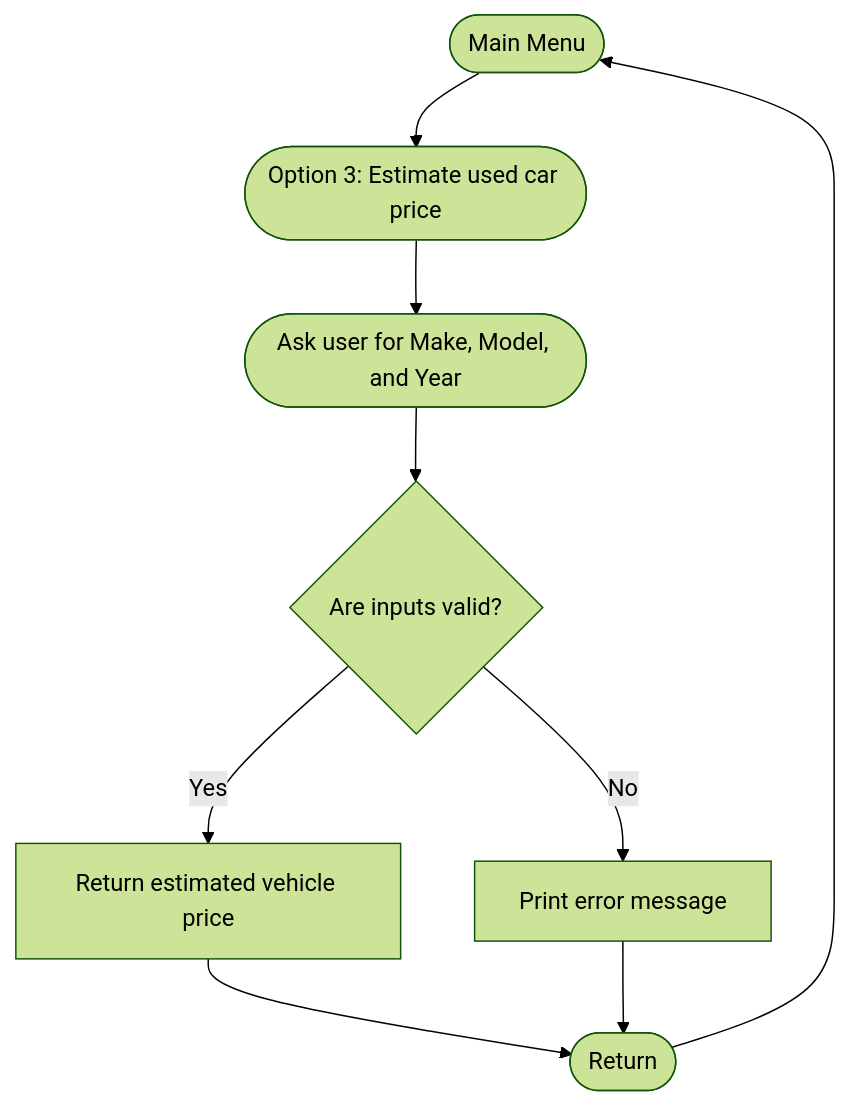
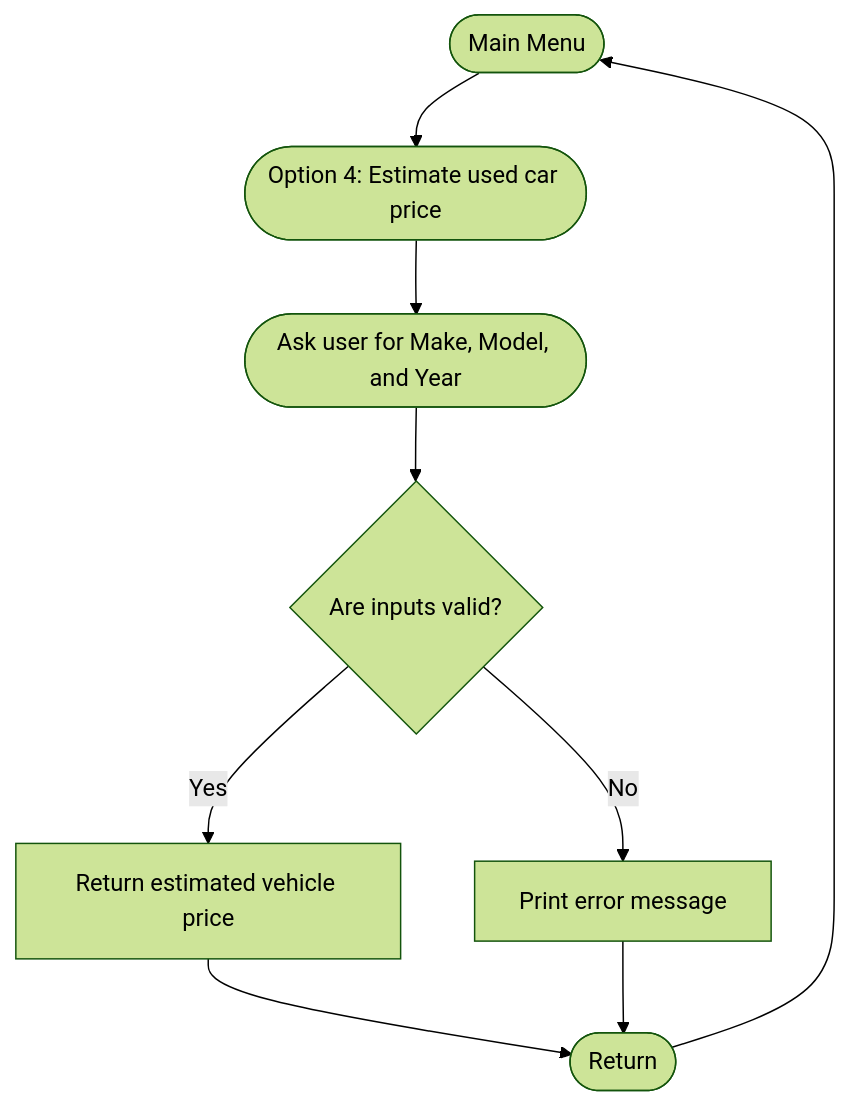
Before and after one commit to Mostofa-Abedin/ShekhMostofaAbedin_T1A3: the fifth of 13 diagrams in README.md, drawn with Mermaid (forest theme). The commit also changed other lines of this file and 1 other file, not shown here.

````diff
--- a/README.md
+++ b/README.md
@@ -197,19 +205,19 @@
 ```mermaid
 graph TD
   A(["Main Menu"])
-  B(["Option 3: Estimate used car price"])
+  B(["Option 4: Estimate used car price"])
   C(["Ask user for Make, Model, and Year"])
   D{"Are inputs valid?"}
   E["Return estimated vehicle price"]
   F["Print error message"]
   G(["Return"])
 
   A --> B
   B --> C
   C --> D
   D -->|Yes| E
   D -->|No| F
   E --> G
   F --> G
   G --> A
 ```
````
